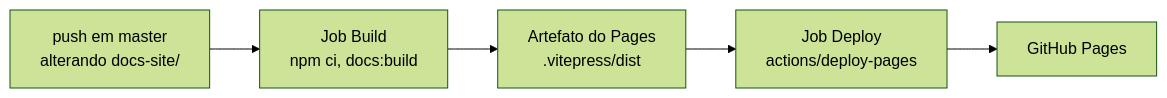
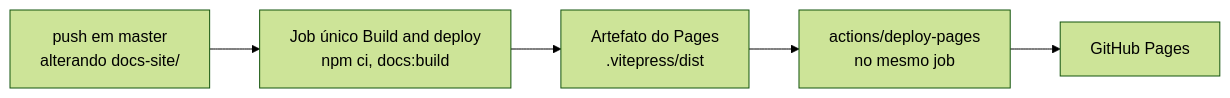
One commit to Gabrieldiv/astronaut-health-intelligence-platform changed the diagram in docs-site/pt/engineering/deployment.md. Above: the diagram before and after it, drawn with Mermaid (forest theme). The commit also changed other lines of this file and 8 other files, not shown here.

First line of the commit message:
Run CI only when needed and deploy docs in a single job

````diff
--- a/docs-site/pt/engineering/deployment.md
+++ b/docs-site/pt/engineering/deployment.md
@@ -78,7 +79,7 @@
 ```mermaid
 flowchart LR
-    PUSH[push em master<br/>alterando docs-site/] --> BUILD[Job Build<br/>npm ci, docs:build]
-    BUILD --> ART[Artefato do Pages<br/>.vitepress/dist]
-    ART --> DEPLOY[Job Deploy<br/>actions/deploy-pages]
+    PUSH[push em master<br/>alterando docs-site/] --> JOB[Job único Build and deploy<br/>npm ci, docs:build]
+    JOB --> ART[Artefato do Pages<br/>.vitepress/dist]
+    ART --> DEPLOY[actions/deploy-pages<br/>no mesmo job]
     DEPLOY --> SITE[GitHub Pages]
 ```
````
